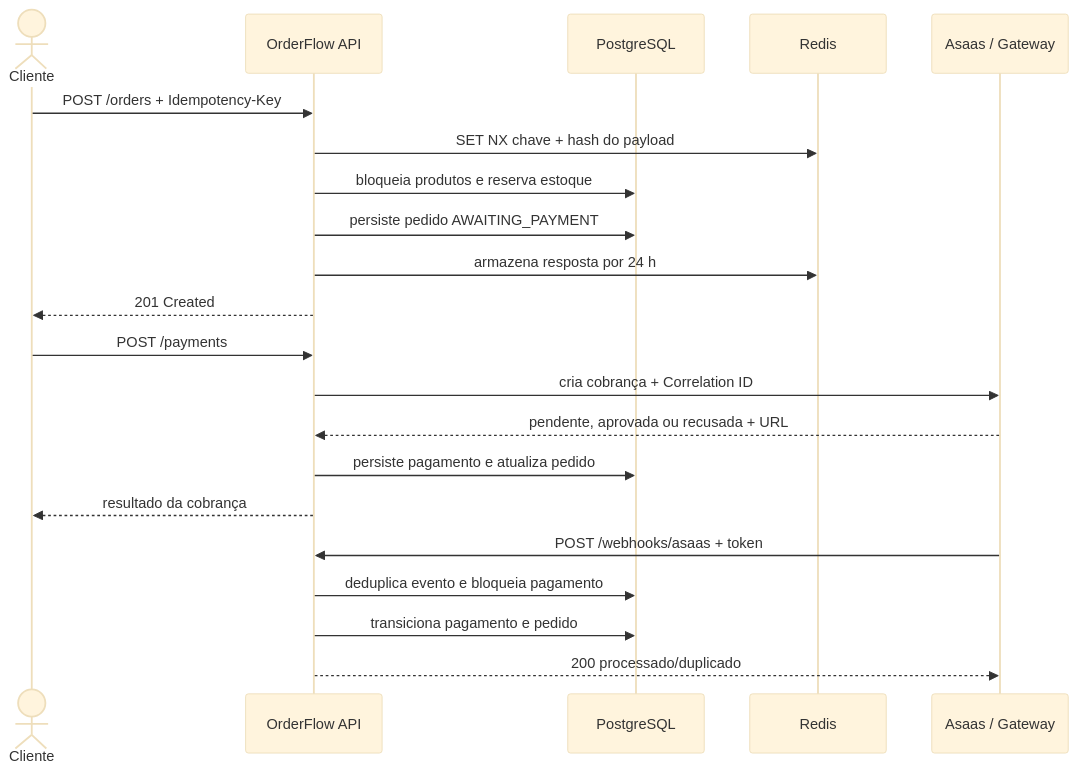
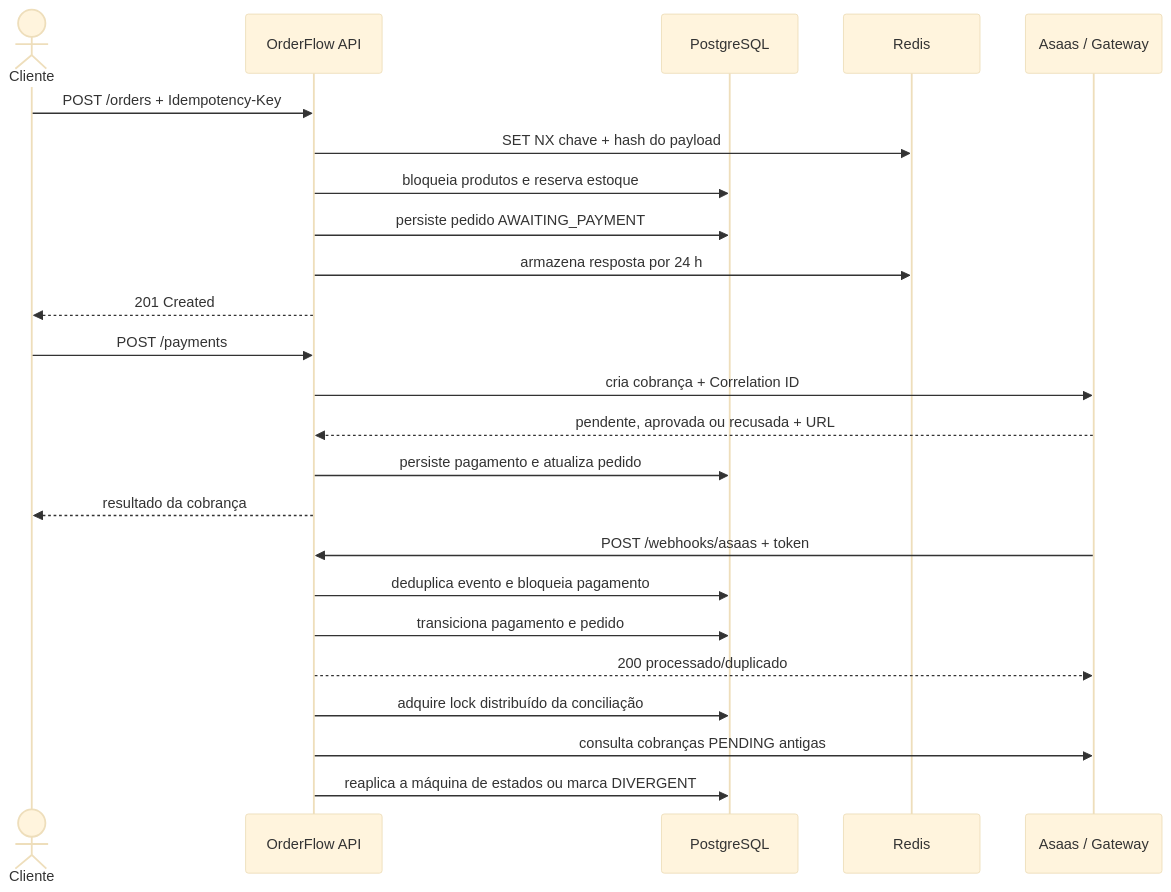
The first of 3 diagrams in docs/PROJECT_OVERVIEW.md (OliveiratheDev/order-flow), drawn with Mermaid (base theme) before and after one commit. The commit also changed other lines of this file and 3 other files, not shown here.

````diff
--- a/docs/PROJECT_OVERVIEW.md
+++ b/docs/PROJECT_OVERVIEW.md
@@ -11,24 +11,27 @@
 ```mermaid
 sequenceDiagram
     actor Cliente
     participant API as OrderFlow API
     participant DB as PostgreSQL
     participant Redis
     participant Gateway as Asaas / Gateway
 
     Cliente->>API: POST /orders + Idempotency-Key
     API->>Redis: SET NX chave + hash do payload
     API->>DB: bloqueia produtos e reserva estoque
     API->>DB: persiste pedido AWAITING_PAYMENT
     API->>Redis: armazena resposta por 24 h
     API-->>Cliente: 201 Created
     Cliente->>API: POST /payments
     API->>Gateway: cria cobrança + Correlation ID
     Gateway-->>API: pendente, aprovada ou recusada + URL
     API->>DB: persiste pagamento e atualiza pedido
     API-->>Cliente: resultado da cobrança
     Gateway->>API: POST /webhooks/asaas + token
     API->>DB: deduplica evento e bloqueia pagamento
     API->>DB: transiciona pagamento e pedido
     API-->>Gateway: 200 processado/duplicado
+    API->>DB: adquire lock distribuído da conciliação
+    API->>Gateway: consulta cobranças PENDING antigas
+    API->>DB: reaplica a máquina de estados ou marca DIVERGENT
 ```
````
